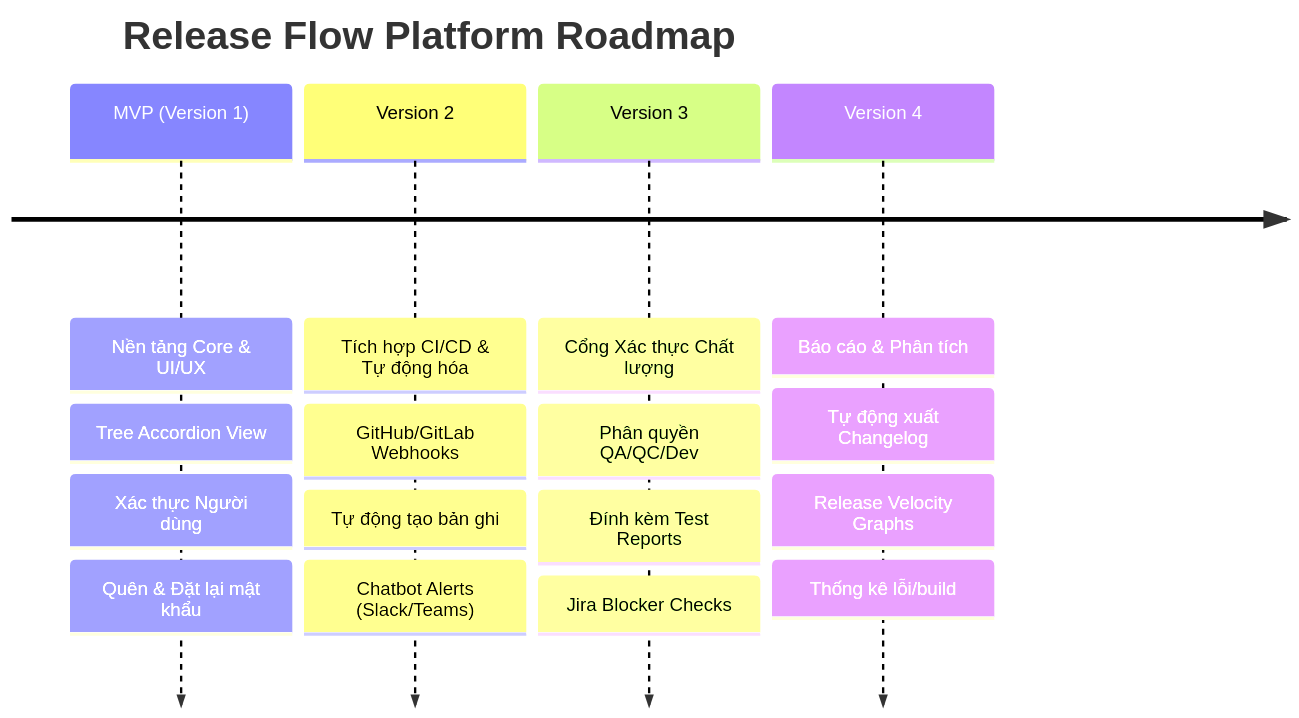
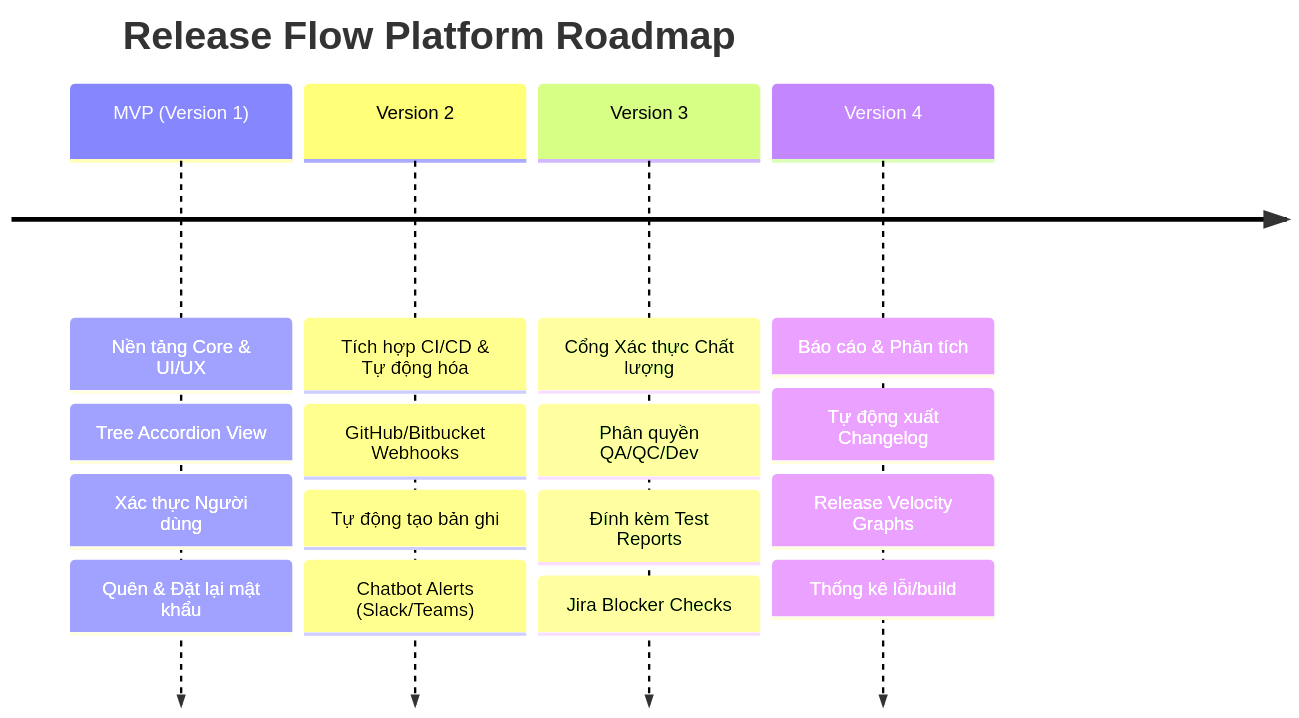
One commit to quocanhDev99/release_flow_platform changed the diagram in docs/08-roadmap.md. Above: the diagram before and after it, drawn with Mermaid. The commit also changed other lines of this file and 52 other files, not shown here.

````diff
--- a/docs/08-roadmap.md
+++ b/docs/08-roadmap.md
@@ -9,8 +9,8 @@
 ```mermaid
 timeline
     title Release Flow Platform Roadmap
     MVP (Version 1) : Nền tảng Core & UI/UX : Tree Accordion View : Xác thực Người dùng : Quên & Đặt lại mật khẩu
-    Version 2 : Tích hợp CI/CD & Tự động hóa : GitHub/GitLab Webhooks : Tự động tạo bản ghi : Chatbot Alerts (Slack/Teams)
+    Version 2 : Tích hợp CI/CD & Tự động hóa : GitHub/Bitbucket Webhooks : Tự động tạo bản ghi : Chatbot Alerts (Slack/Teams)
     Version 3 : Cổng Xác thực Chất lượng : Phân quyền QA/QC/Dev : Đính kèm Test Reports : Jira Blocker Checks
     Version 4 : Báo cáo & Phân tích : Tự động xuất Changelog : Release Velocity Graphs : Thống kê lỗi/build
 ```
````
